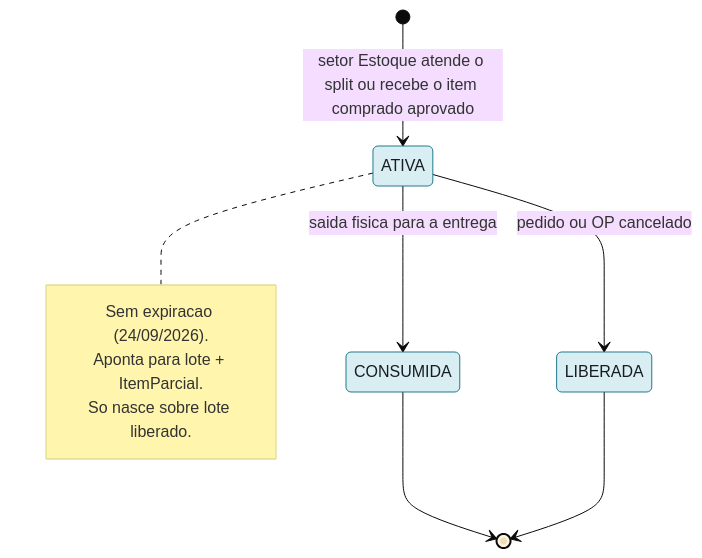
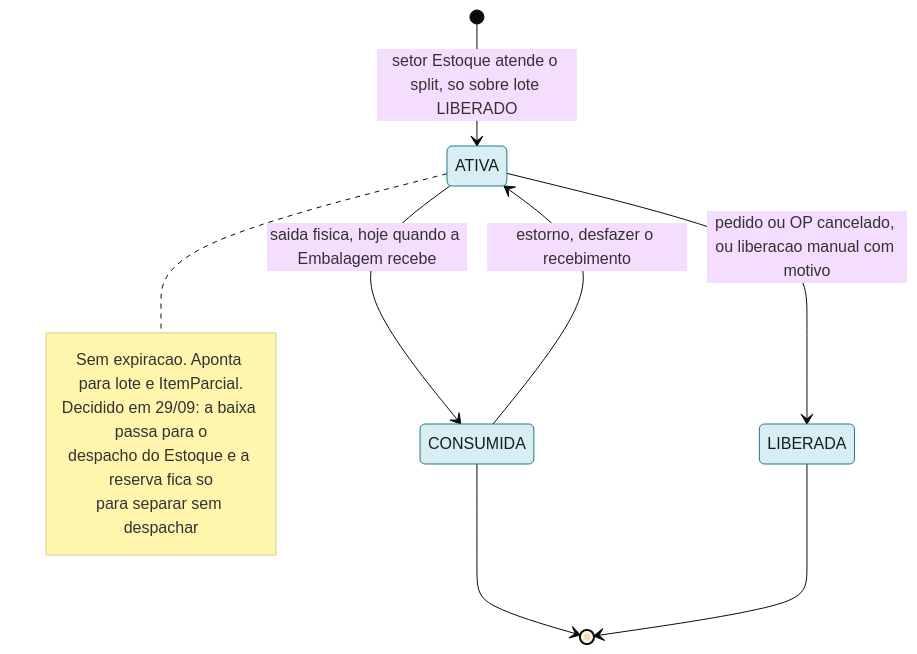
One commit to Acosvital/vault-avhub-mer changed diagram 26 of 28 in 04-Arquitetura-Transversal/Diagramas-UML.md. Above: the diagram before and after it, drawn with Mermaid (base theme). The commit also changed other lines of this file and 3 other files, not shown here.

Commit message:
docs(vault): atualiza UML, fluxograma de telas, encaixe estoque/revenda e anexo 0003 do contrato 33

````diff
--- a/04-Arquitetura-Transversal/Diagramas-UML.md
+++ b/04-Arquitetura-Transversal/Diagramas-UML.md
@@ -1577,17 +1627,19 @@
 ```mermaid
 stateDiagram-v2
-    [*] --> ATIVA : setor Estoque atende o split ou recebe o item comprado aprovado
-    ATIVA --> CONSUMIDA : saida fisica para a entrega
-    ATIVA --> LIBERADA : pedido ou OP cancelado
+    [*] --> ATIVA : setor Estoque atende o split, so sobre lote LIBERADO
+    ATIVA --> CONSUMIDA : saida fisica, hoje quando a Embalagem recebe
+    CONSUMIDA --> ATIVA : estorno, desfazer o recebimento
+    ATIVA --> LIBERADA : pedido ou OP cancelado, ou liberacao manual com motivo
     CONSUMIDA --> [*]
     LIBERADA --> [*]
 
     note right of ATIVA
-        Sem expiracao (24/09/2026).
-        Aponta para lote + ItemParcial.
-        So nasce sobre lote liberado.
+        Sem expiracao. Aponta para lote e ItemParcial.
+        Decidido em 29/09: a baixa passa para o
+        despacho do Estoque e a reserva fica so
+        para separar sem despachar
     end note
 
     classDef estoqueStyle fill:#d9eef2,stroke:#1f7a8c,color:#181c22
     class ATIVA,CONSUMIDA,LIBERADA estoqueStyle
 ```
````
